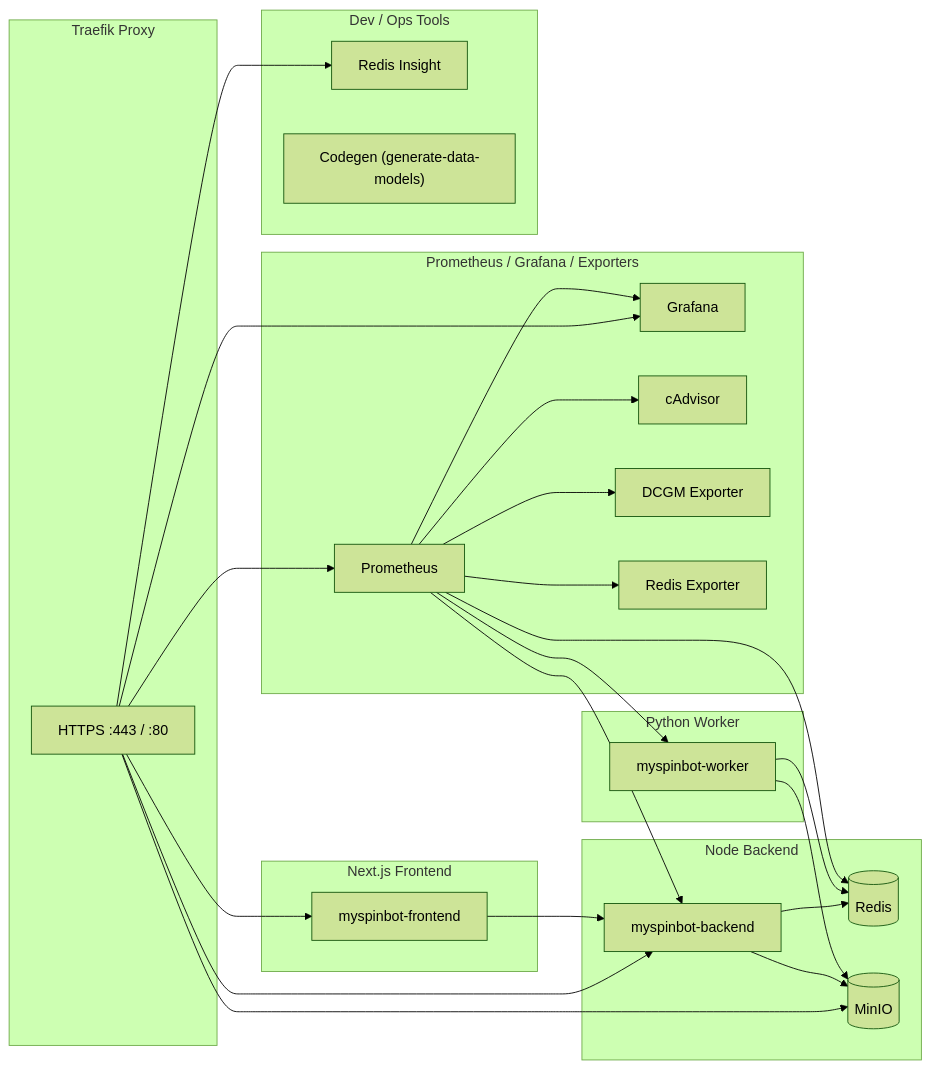
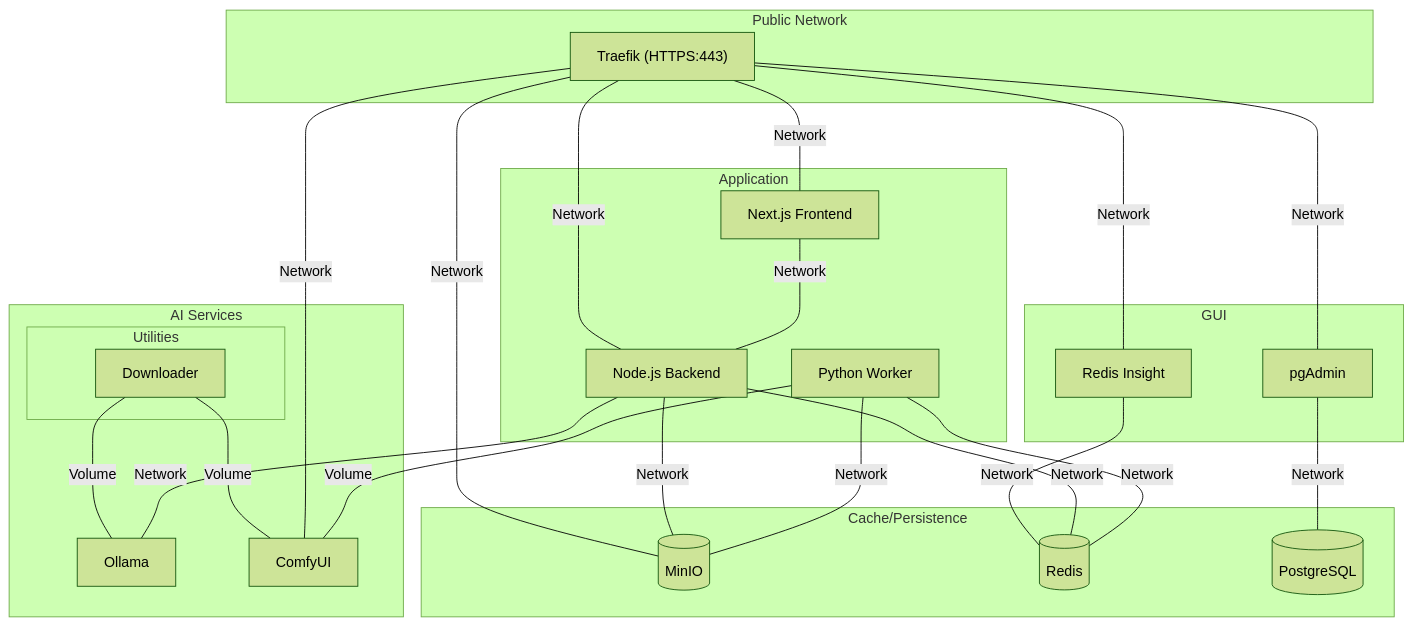
The first of 5 diagrams in docs/04_modular_breakdown.md (ktzevani/myspinbot), drawn with Mermaid (forest theme) before and after one commit. The commit also changed other lines of this file and 4 other files, not shown here.

````diff
--- a/docs/04_modular_breakdown.md
+++ b/docs/04_modular_breakdown.md
@@ -31,54 +35,45 @@
 ```mermaid
-flowchart LR
-    subgraph Traefik["Traefik Proxy"]
-        T[HTTPS :443 / :80]
+flowchart TB
+    subgraph Traefik["Public Network"]
+      Proxy["Traefik (HTTPS:443)"]
+    end
+    subgraph Application
+      UI["Next.js Frontend"]
+      API["Node.js Backend"]
+      Worker["Python Worker"]
+    end
+    subgraph Storage["Cache/Persistence"]
+      S3[(MinIO)]
+      Redis[(Redis)]
+      Postgres[(PostgreSQL)]
+    end
+    subgraph Tools["GUI"]
+      RedisInsight[Redis Insight]
+      Pgadmin[pgAdmin]
+    end
+    subgraph AIInfa["AI Services"]
+      subgraph AIDevOps["Utilities"]
+        Downloader["Downloader"]
+      end
+      Ollama[Ollama]
+      Comfy[ComfyUI]
     end
 
-    subgraph Frontend["Next.js Frontend"]
-        UI[myspinbot-frontend]
-    end
-
-    subgraph Backend["Node Backend"]
-        API[myspinbot-backend]
-        R[(Redis)]
-        S3[(MinIO)]
-    end
-
-    subgraph Worker["Python Worker"]
-        W[myspinbot-worker]
-    end
-
-    subgraph Monitoring["Prometheus / Grafana / Exporters"]
-        PR[Prometheus]
-        GF[Grafana]
-        CA[cAdvisor]
-        NV[DCGM Exporter]
-        RE[Redis Exporter]
-    end
-
-    subgraph Tools["Dev / Ops Tools"]
-        RI[Redis Insight]
-        CG["Codegen (generate-data-models)"]
-    end
-
-    T --> UI
-    T --> API
-    T --> GF
-    T --> PR
-    T --> RI
-    T --> S3
-
-    UI --> API
-    API --> R
-    API --> S3
-    W --> R
-    W --> S3
-
-    PR --> GF
-    PR --> API
-    PR --> W
-    PR --> R
-    PR --> NV
-    PR --> CA
-    PR --> RE
+    Downloader -- Volume --- Ollama
+    Downloader -- Volume --- Comfy
+    Proxy -- Network --- Comfy
+    Proxy -- Network --- UI
+    Proxy -- Network --- API
+    Proxy -- Network --- S3
+    Proxy -- Network --- RedisInsight
+    Proxy -- Network --- Pgadmin
+    RedisInsight -- Network --- Redis
+    Pgadmin -- Network --- Postgres
+    UI -- Network --- API
+    API -- Network --- Redis
+    API -- Network --- S3
+    API -- Network --- Ollama
+    Worker -- Volume --- Comfy
+    Worker -- Network --- Redis
+    Worker -- Network --- S3
 ```
````
